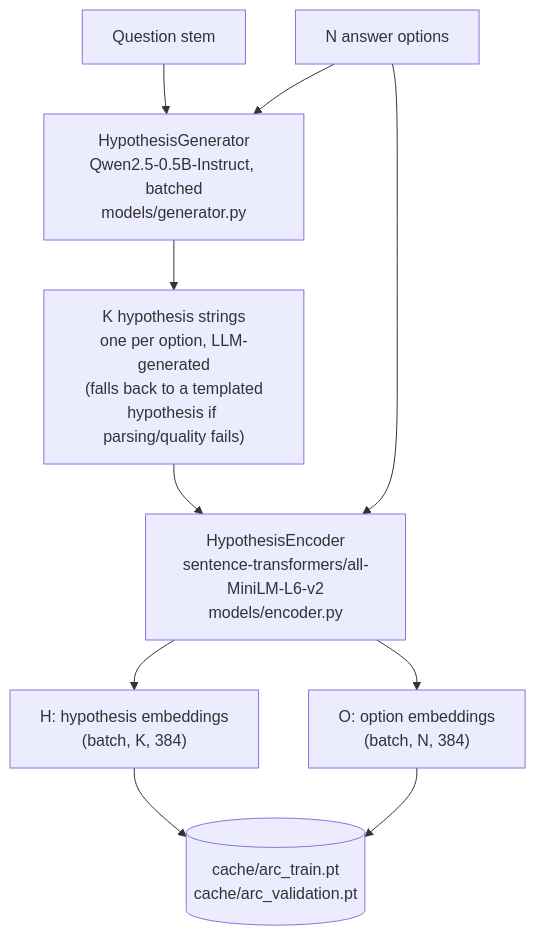
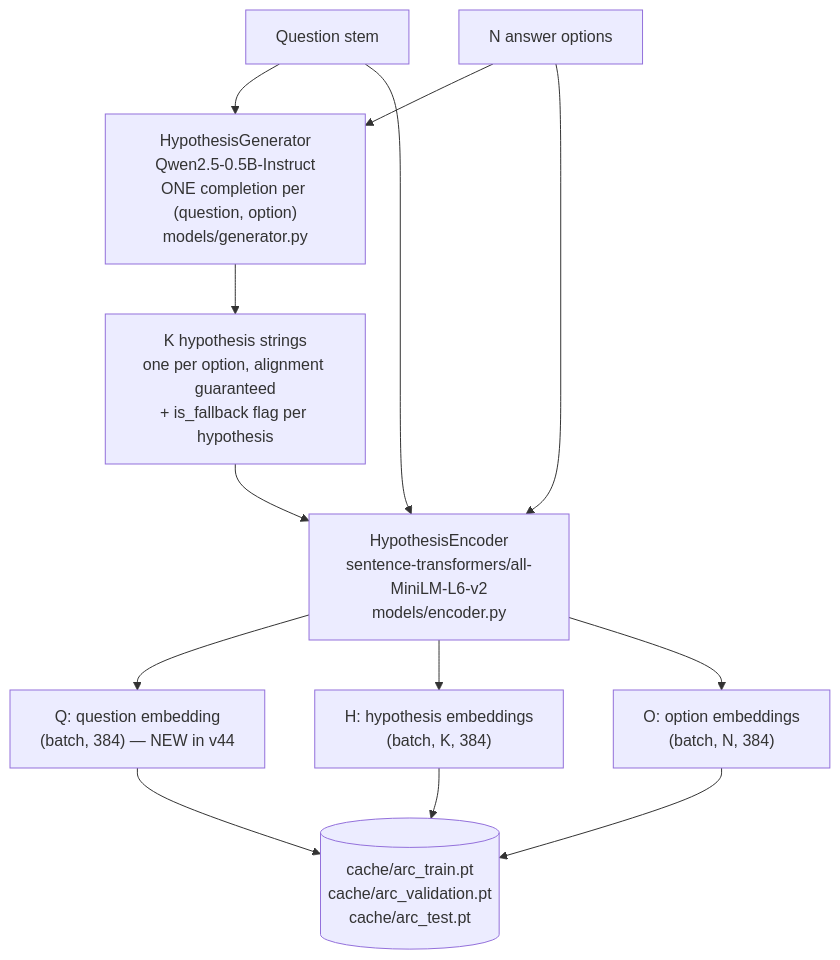
Before and after one commit to Thorfast191/qAIR-CSE499B: the second of 7 diagrams in README.md, drawn with Mermaid. The commit also changed other lines of this file and 25 other files, not shown here.

````diff
--- a/README.md
+++ b/README.md
@@ -120,12 +279,15 @@
 ```mermaid
 flowchart TD
-    Q["Question stem"] --> GEN["HypothesisGenerator<br/>Qwen2.5-0.5B-Instruct, batched<br/>models/generator.py"]
+    Q["Question stem"] --> GEN["HypothesisGenerator<br/>Qwen2.5-0.5B-Instruct<br/>ONE completion per (question, option)<br/>models/generator.py"]
     OPT["N answer options"] --> GEN
-    GEN --> HT["K hypothesis strings<br/>one per option, LLM-generated<br/>(falls back to a templated<br/>hypothesis if parsing/quality fails)"]
+    GEN --> HT["K hypothesis strings<br/>one per option, alignment guaranteed<br/>+ is_fallback flag per hypothesis"]
     HT --> ENC["HypothesisEncoder<br/>sentence-transformers/all-MiniLM-L6-v2<br/>models/encoder.py"]
     OPT --> ENC
+    Q --> ENC
+    ENC --> QE["Q: question embedding<br/>(batch, 384) — NEW in v44"]
     ENC --> H["H: hypothesis embeddings<br/>(batch, K, 384)"]
     ENC --> O["O: option embeddings<br/>(batch, N, 384)"]
-    H --> CACHE[("cache/arc_train.pt<br/>cache/arc_validation.pt")]
+    QE --> CACHE[("cache/arc_train.pt<br/>cache/arc_validation.pt<br/>cache/arc_test.pt")]
+    H --> CACHE
     O --> CACHE
 ```
````
